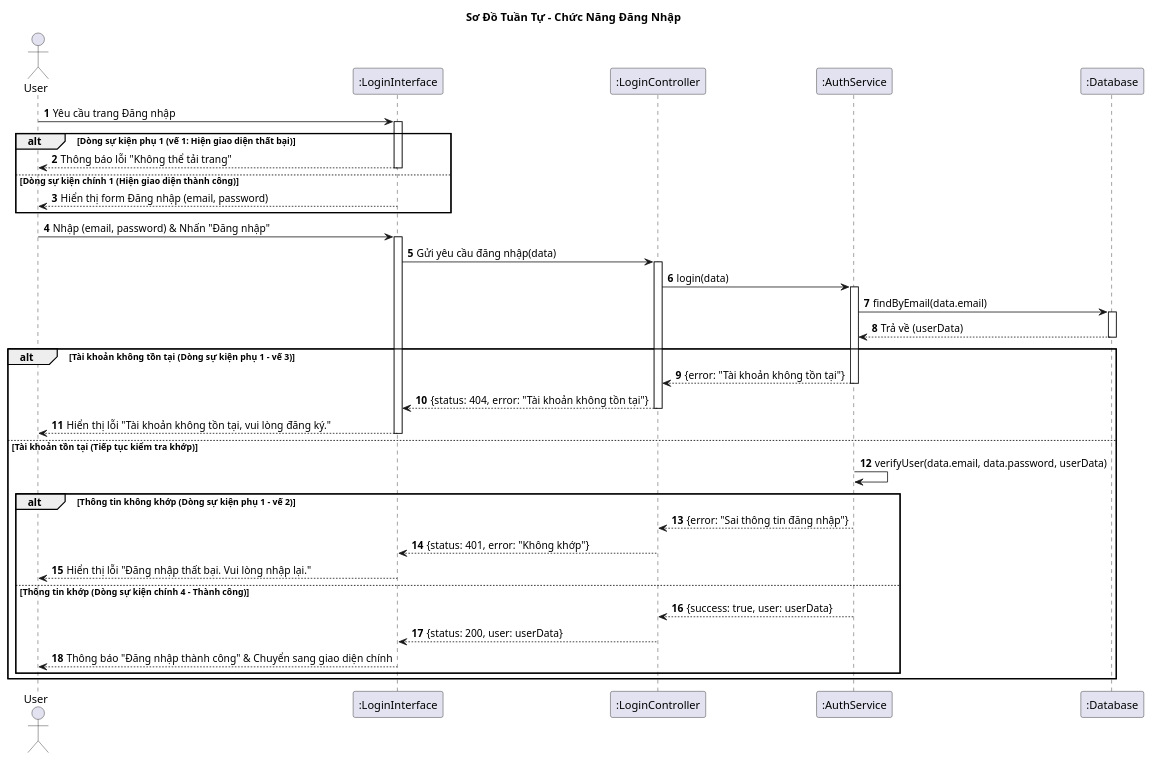
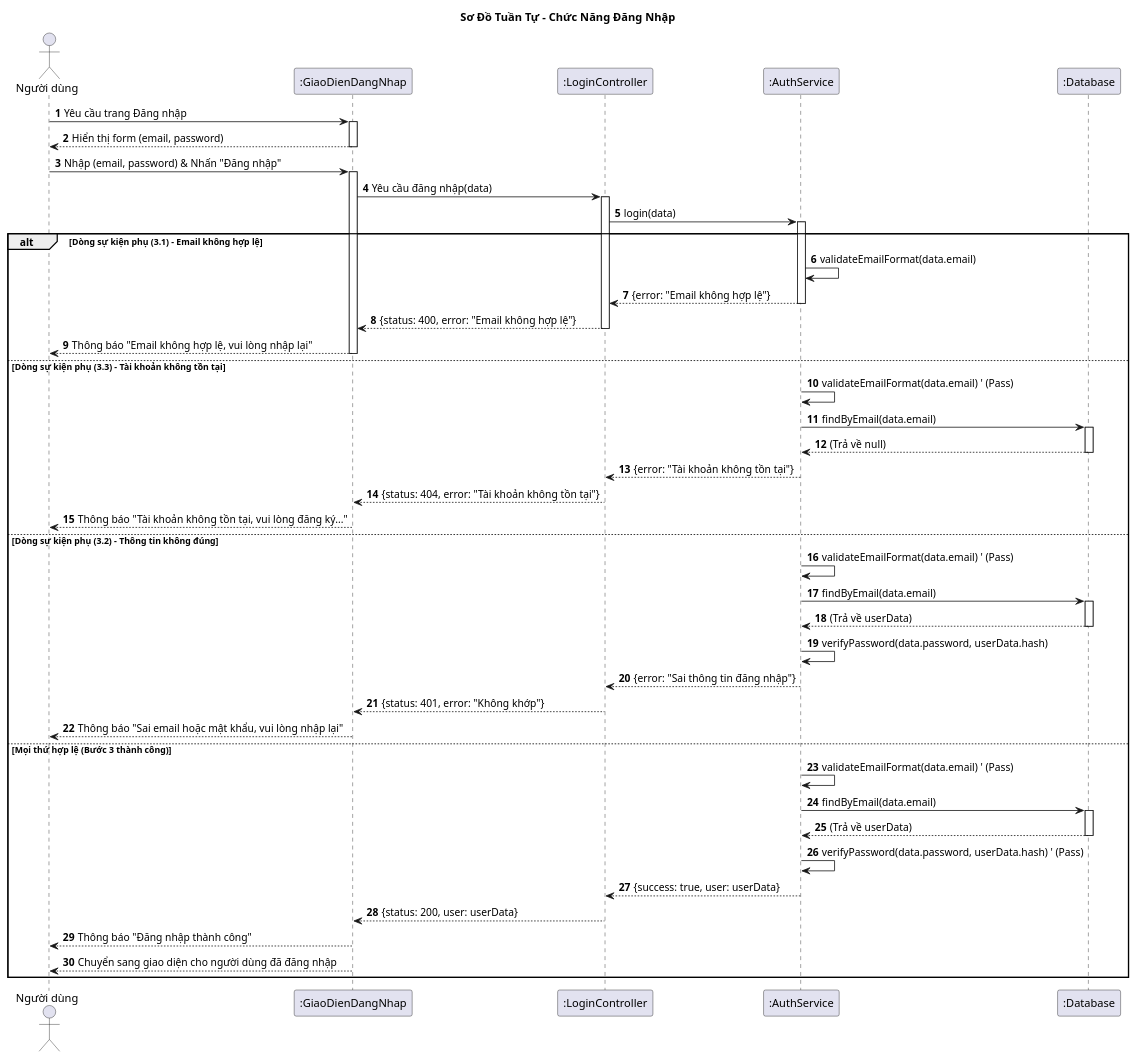
The diagram in Diagrams/SequenceDiagram/LoginSD.plantuml (vinh047/soundwave), drawn with PlantUML before and after one commit. The commit also changed 25 other files, not shown here.

Commit message:
Update: Add Sequence Diagrams and Class Diagram(Empty)

```diff
--- a/Diagrams/SequenceDiagram/LoginSD.plantuml
+++ b/Diagrams/SequenceDiagram/LoginSD.plantuml
@@ -1,74 +1,97 @@
 @startuml Sequence Diagram - Đăng Nhập
 
 title Sơ Đồ Tuần Tự - Chức Năng Đăng Nhập
 
-actor "User" as User
-participant ":LoginInterface" as UI
+actor "Người dùng" as User
+participant ":GiaoDienDangNhap" as UI
 participant ":LoginController" as Controller
 participant ":AuthService" as Service
 participant ":Database" as DB
 
 autonumber
 
-' === Dòng sự kiện chính (bước 1) ===
+' === Dòng sự kiện chính (bước 1): Hiển thị form ===
 User -> UI: Yêu cầu trang Đăng nhập
 activate UI
+UI --> User: Hiển thị form (email, password)
+deactivate UI
 
-alt Dòng sự kiện phụ 1 (vế 1: Hiện giao diện thất bại)
-    UI --> User: Thông báo lỗi "Không thể tải trang"
-    deactivate UI
-else Dòng sự kiện chính 1 (Hiện giao diện thành công)
-    UI --> User: Hiển thị form Đăng nhập (email, password)
-    deactivate UI
-end
-
-' === Dòng sự kiện chính (bước 2) ===
+' === Dòng sự kiện chính (bước 2): Người dùng gửi thông tin ===
 User -> UI: Nhập (email, password) & Nhấn "Đăng nhập"
 activate UI
-
-' === Dòng sự kiện chính (bước 3) - Hệ thống kiểm tra ===
-UI -> Controller: Gửi yêu cầu đăng nhập(data)
+UI -> Controller: Yêu cầu đăng nhập(data)
 activate Controller
 Controller -> Service: login(data)
 activate Service
 
-' Hệ thống kiểm tra xem tài khoản có tồn tại không
-Service -> DB: findByEmail(data.email)
-activate DB
-DB --> Service: Trả về (userData)
-deactivate DB
-
-alt Tài khoản không tồn tại (Dòng sự kiện phụ 1 - vế 3)
+' === Dòng sự kiện (bước 3) & Các dòng sự kiện phụ ===
+' Service thực hiện các bước kiểm tra
+' 3.1: Kiểm tra email hợp lệ
+alt Dòng sự kiện phụ (3.1) - Email không hợp lệ
+    Service -> Service: validateEmailFormat(data.email)
+    ' (Giả sử kiểm tra thấy không hợp lệ)
+    Service --> Controller: {error: "Email không hợp lệ"}
+    deactivate Service
+    Controller --> UI: {status: 400, error: "Email không hợp lệ"}
+    deactivate Controller
+    
+    UI --> User: Thông báo "Email không hợp lệ, vui lòng nhập lại"
+    deactivate UI
+    
+' 3.3: Kiểm tra tài khoản tồn tại
+else Dòng sự kiện phụ (3.3) - Tài khoản không tồn tại
+    Service -> Service: validateEmailFormat(data.email) ' (Pass)
+    Service -> DB: findByEmail(data.email)
+    activate DB
+    DB --> Service: (Trả về null)
+    deactivate DB
+    
     Service --> Controller: {error: "Tài khoản không tồn tại"}
     deactivate Service
     Controller --> UI: {status: 404, error: "Tài khoản không tồn tại"}
     deactivate Controller
     
-    UI --> User: Hiển thị lỗi "Tài khoản không tồn tại, vui lòng đăng ký."
+    UI --> User: Thông báo "Tài khoản không tồn tại, vui lòng đăng ký..."
     deactivate UI
+    
+' 3.2: Kiểm tra mật khẩu không đúng
+else Dòng sự kiện phụ (3.2) - Thông tin không đúng
+    Service -> Service: validateEmailFormat(data.email) ' (Pass)
+    Service -> DB: findByEmail(data.email)
+    activate DB
+    DB --> Service: (Trả về userData)
+    deactivate DB
+    
+    Service -> Service: verifyPassword(data.password, userData.hash)
+    ' (Giả sử kiểm tra thấy mật khẩu không khớp)
+    Service --> Controller: {error: "Sai thông tin đăng nhập"}
+    deactivate Service
+    Controller --> UI: {status: 401, error: "Không khớp"}
+    deactivate Controller
+        
+    UI --> User: Thông báo "Sai email hoặc mật khẩu, vui lòng nhập lại"
+    deactivate UI
+        
+' Dòng sự kiện chính (Bước 4 & 5) - Đăng nhập thành công
+else Mọi thứ hợp lệ (Bước 3 thành công)
+    Service -> Service: validateEmailFormat(data.email) ' (Pass)
+    Service -> DB: findByEmail(data.email)
+    activate DB
+    DB --> Service: (Trả về userData)
+    deactivate DB
 
-else Tài khoản tồn tại (Tiếp tục kiểm tra khớp)
-    ' Bước 3: Kiểm tra xem email VÀ mật khẩu/vai trò có khớp không
-    Service -> Service: verifyUser(data.email, data.password, userData)
+    Service -> Service: verifyPassword(data.password, userData.hash) ' (Pass)
+
+    ' Bước 4: Thông báo thành công
+    Service --> Controller: {success: true, user: userData}
+    deactivate Service
+    Controller --> UI: {status: 200, user: userData}
+    deactivate Controller
     
-    alt Thông tin không khớp (Dòng sự kiện phụ 1 - vế 2)
-        Service --> Controller: {error: "Sai thông tin đăng nhập"}
-        deactivate Service
-        Controller --> UI: {status: 401, error: "Không khớp"}
-        deactivate Controller
-        
-        UI --> User: Hiển thị lỗi "Đăng nhập thất bại. Vui lòng nhập lại."
-        deactivate UI
-        
-    else Thông tin khớp (Dòng sự kiện chính 4 - Thành công)
-        Service --> Controller: {success: true, user: userData}
-        deactivate Service
-        Controller --> UI: {status: 200, user: userData}
-        deactivate Controller
-        
-        ' Hậu điều kiện 1: Chuyển giao diện
-        UI --> User: Thông báo "Đăng nhập thành công" & Chuyển sang giao diện chính
-        deactivate UI
-    end
+    UI --> User: Thông báo "Đăng nhập thành công"
+    
+    ' Bước 5: Chuyển giao diện
+    UI --> User: Chuyển sang giao diện cho người dùng đã đăng nhập
+    deactivate UI
 end
 @enduml
```
